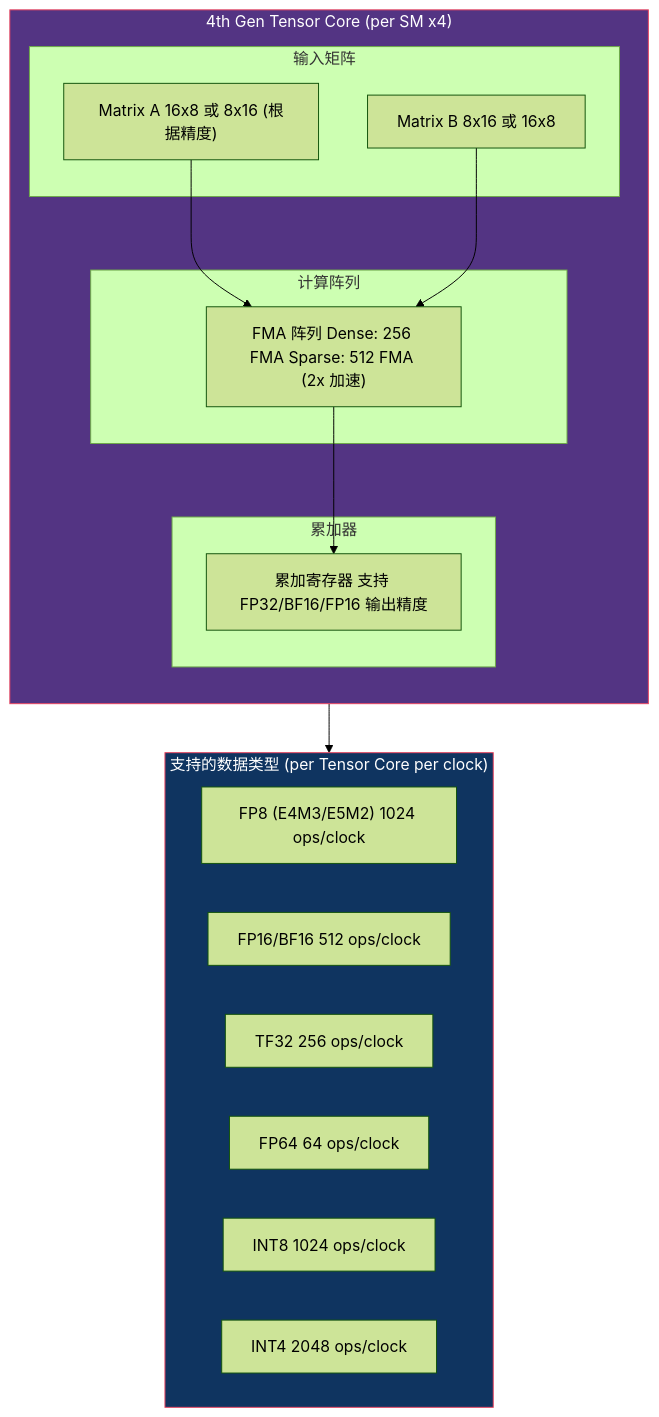
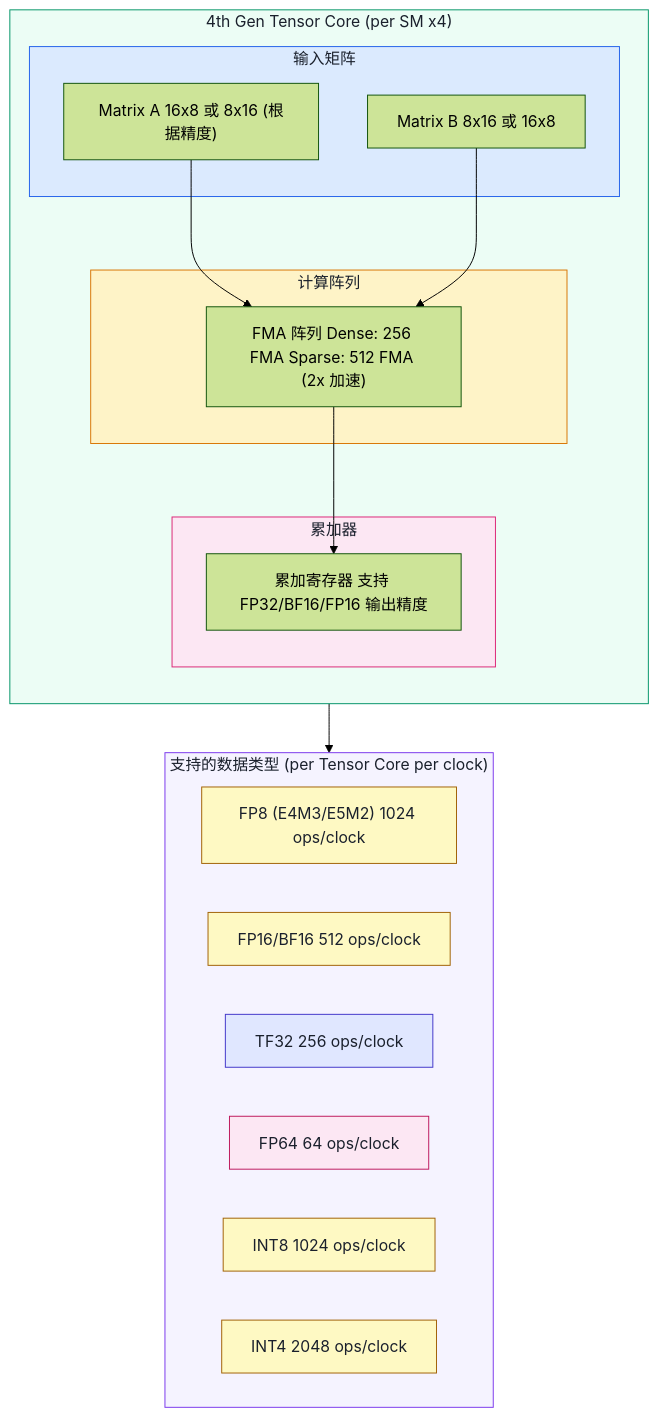
One commit to carlvinhust2012/MyStudy changed the seventh of 14 diagrams in AI Infra相关/LLM/nvida H100 GPU架构.md. Above: the diagram before and after it, drawn with Mermaid (forest theme). The commit also changed other lines of this file, not shown here.

````diff
--- a/AI Infra相关/LLM/nvida H100 GPU架构.md
+++ b/AI Infra相关/LLM/nvida H100 GPU架构.md
@@ -541,37 +554,46 @@
 ```mermaid
 graph TB
     subgraph TC["4th Gen Tensor Core (per SM x4)"]
         direction TB
 
         subgraph Input["输入矩阵"]
             A["Matrix A 16x8 或 8x16 (根据精度)"]
             B["Matrix B 8x16 或 16x8"]
         end
 
         subgraph Compute["计算阵列"]
             FMAC["FMA 阵列 Dense: 256 FMA Sparse: 512 FMA (2x 加速)"]
         end
 
         subgraph Accum["累加器"]
             ACC["累加寄存器 支持 FP32/BF16/FP16 输出精度"]
         end
 
         A --> FMAC
         B --> FMAC
         FMAC --> ACC
     end
 
     subgraph Precisions["支持的数据类型 (per Tensor Core per clock)"]
         P1["FP8 (E4M3/E5M2) 1024 ops/clock"]
         P2["FP16/BF16 512 ops/clock"]
         P3["TF32 256 ops/clock"]
         P4["FP64 64 ops/clock"]
         P5["INT8 1024 ops/clock"]
         P6["INT4 2048 ops/clock"]
     end
 
     TC --> Precisions
 
-    style TC fill:#533483,stroke:#e94560,color:#fff
-    style Precisions fill:#0f3460,stroke:#e94560,color:#fff
+    style TC fill:#ecfdf5,stroke:#059669,color:#1a202c
+    style Input fill:#dbeafe,stroke:#2563eb,color:#1a202c
+    style Compute fill:#fef3c7,stroke:#d97706,color:#1a202c
+    style Accum fill:#fce7f3,stroke:#db2777,color:#1a202c
+    style Precisions fill:#f5f3ff,stroke:#7c3aed,color:#1a202c
+    style P1 fill:#fef9c3,stroke:#a16207,color:#1a202c
+    style P2 fill:#fef9c3,stroke:#a16207,color:#1a202c
+    style P3 fill:#e0e7ff,stroke:#4338ca,color:#1a202c
+    style P4 fill:#fce7f3,stroke:#be185d,color:#1a202c
+    style P5 fill:#fef9c3,stroke:#a16207,color:#1a202c
+    style P6 fill:#fef9c3,stroke:#a16207,color:#1a202c
 ```
````
